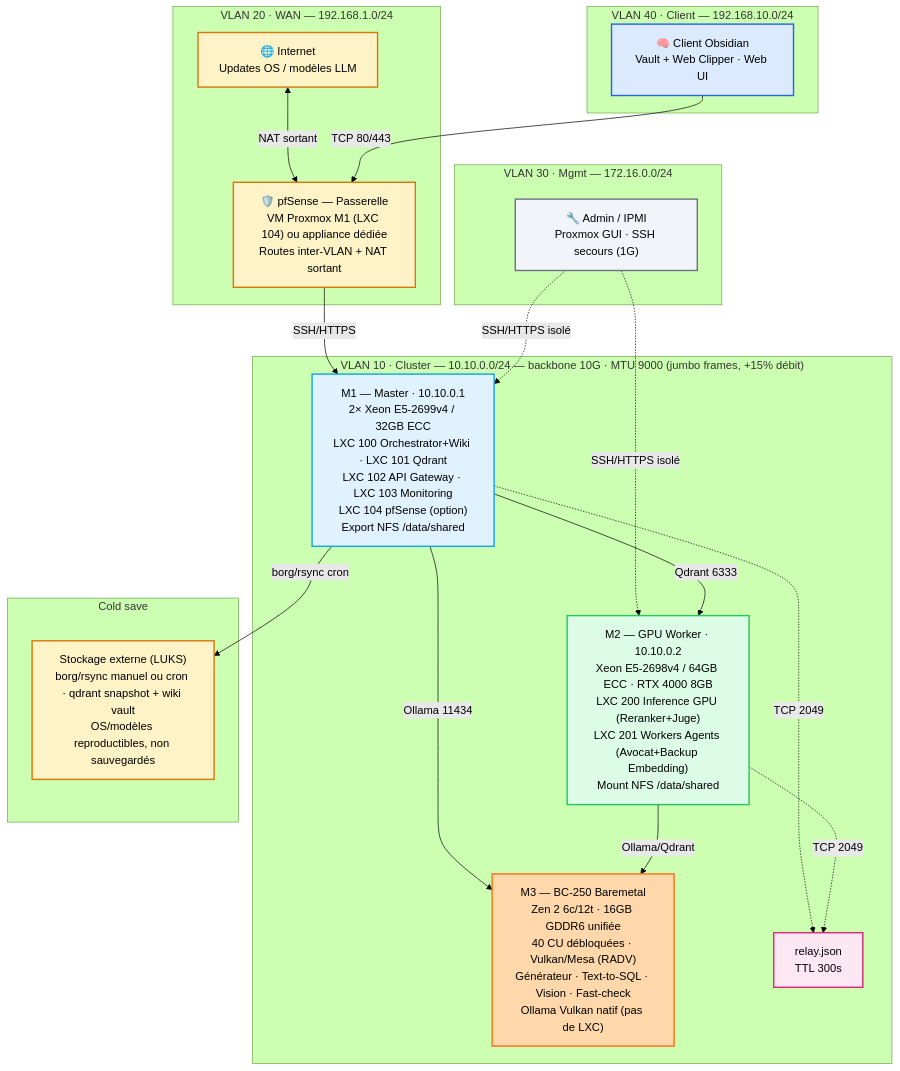
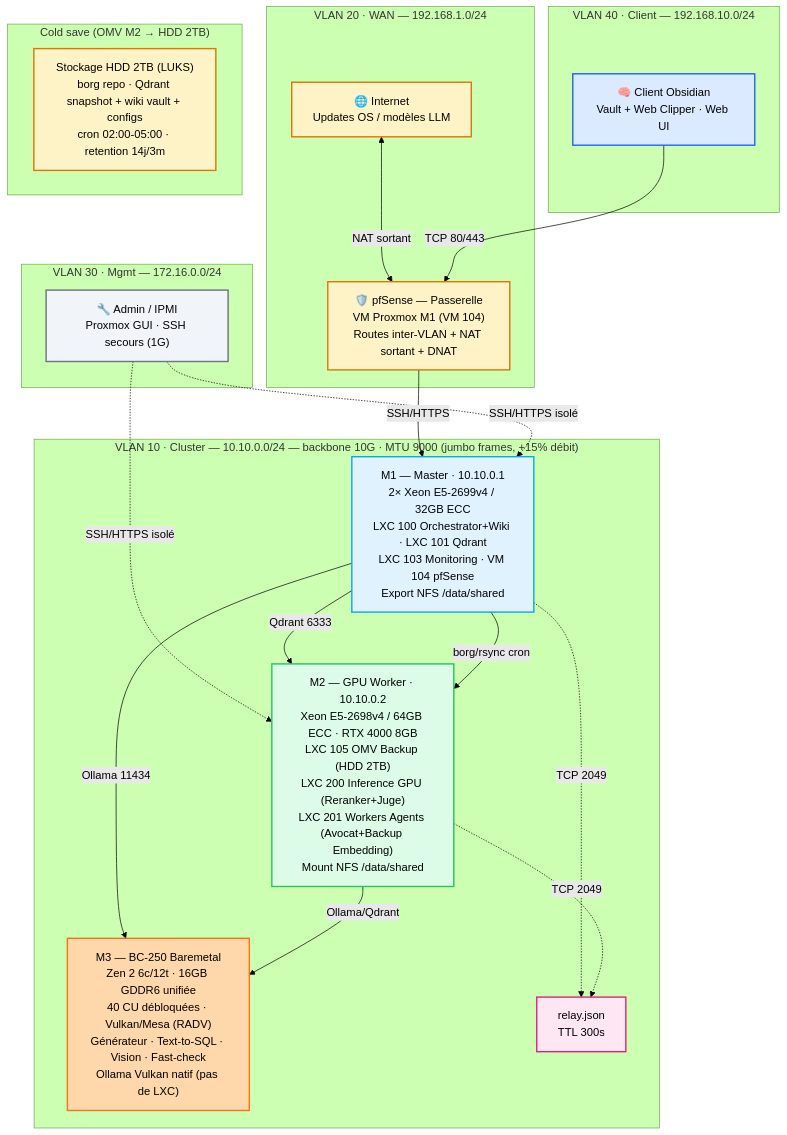
The diagram in docs/diagrams/05-network-topology.md (chelmooz/rag-multi-agent-cluster), drawn with Mermaid (forest theme) before and after one commit. The commit also changed 6 other files, not shown here.

Commit message:
docs: backup OMV restauré M2 LXC 105 (HDD 2TB) + diagrams & backlog à jour, nginx retiré (pfSense reverse proxy)

````diff
--- a/docs/diagrams/05-network-topology.md
+++ b/docs/diagrams/05-network-topology.md
@@ -1,47 +1,47 @@
 ```mermaid
 flowchart TB
     classDef wan fill:#fef3c7,stroke:#d97706,stroke-width:2px
     classDef client fill:#dbeafe,stroke:#2563eb,stroke-width:2px
     classDef mgmt fill:#f1f5f9,stroke:#6b7280,stroke-width:2px
     classDef m1 fill:#e0f2fe,stroke:#0ea5e9,stroke-width:2px
     classDef m2 fill:#dcfce7,stroke:#22c55e,stroke-width:2px
     classDef m3 fill:#fed7aa,stroke:#f97316,stroke-width:2px
     classDef relay fill:#fce7f3,stroke:#db2777,stroke-width:2px
     classDef cold fill:#fef3c7,stroke:#d97706,stroke-width:2px
 
     subgraph VLAN20["VLAN 20 · WAN — 192.168.1.0/24"]
         Internet["🌐 Internet<br/>Updates OS / modèles LLM"]:::wan
-        pfSense["🛡️ pfSense — Passerelle<br/>VM Proxmox M1 (LXC 104) ou appliance dédiée<br/>Routes inter-VLAN + NAT sortant"]:::wan
+        pfSense["🛡️ pfSense — Passerelle<br/>VM Proxmox M1 (VM 104)<br/>Routes inter-VLAN + NAT sortant + DNAT"]:::wan
     end
 
     subgraph VLAN40["VLAN 40 · Client — 192.168.10.0/24"]
         Obsidian["🧠 Client Obsidian<br/>Vault + Web Clipper · Web UI"]:::client
     end
 
     subgraph VLAN30["VLAN 30 · Mgmt — 172.16.0.0/24"]
         Admin["🔧 Admin / IPMI<br/>Proxmox GUI · SSH secours (1G)"]:::mgmt
     end
 
     subgraph VLAN10["VLAN 10 · Cluster — 10.10.0.0/24 — backbone 10G · MTU 9000 (jumbo frames, +15% débit)"]
-        M1["M1 — Master · 10.10.0.1<br/>2× Xeon E5-2699v4 / 32GB ECC<br/>LXC 100 Orchestrator+Wiki · LXC 101 Qdrant<br/>LXC 102 API Gateway · LXC 103 Monitoring<br/>LXC 104 pfSense (option)<br/>Export NFS /data/shared"]:::m1
-        M2["M2 — GPU Worker · 10.10.0.2<br/>Xeon E5-2698v4 / 64GB ECC · RTX 4000 8GB<br/>LXC 200 Inference GPU (Reranker+Juge)<br/>LXC 201 Workers Agents (Avocat+Backup Embedding)<br/>Mount NFS /data/shared"]:::m2
+        M1["M1 — Master · 10.10.0.1<br/>2× Xeon E5-2699v4 / 32GB ECC<br/>LXC 100 Orchestrator+Wiki · LXC 101 Qdrant<br/>LXC 103 Monitoring · VM 104 pfSense<br/>Export NFS /data/shared"]:::m1
+        M2["M2 — GPU Worker · 10.10.0.2<br/>Xeon E5-2698v4 / 64GB ECC · RTX 4000 8GB<br/>LXC 105 OMV Backup (HDD 2TB)<br/>LXC 200 Inference GPU (Reranker+Juge)<br/>LXC 201 Workers Agents (Avocat+Backup Embedding)<br/>Mount NFS /data/shared"]:::m2
         M3["M3 — BC-250 Baremetal<br/>Zen 2 6c/12t · 16GB GDDR6 unifiée<br/>40 CU débloquées · Vulkan/Mesa (RADV)<br/>Générateur · Text-to-SQL · Vision · Fast-check<br/>Ollama Vulkan natif (pas de LXC)"]:::m3
         Relay["relay.json<br/>TTL 300s"]:::relay
     end
 
-    subgraph COLDBOX["Cold save"]
-        HDD["Stockage externe (LUKS)<br/>borg/rsync manuel ou cron · qdrant snapshot + wiki vault<br/>OS/modèles reproductibles, non sauvegardés"]:::cold
+    subgraph COLDBOX["Cold save (OMV M2 → HDD 2TB)"]
+        HDD["Stockage HDD 2TB (LUKS)<br/>borg repo · Qdrant snapshot + wiki vault + configs<br/>cron 02:00-05:00 · retention 14j/3m"]:::cold
     end
 
     Internet <--> |NAT sortant| pfSense
     Obsidian -->|TCP 80/443| pfSense
     pfSense -->|SSH/HTTPS| M1
     Admin -.->|SSH/HTTPS isolé| M1
     Admin -.->|SSH/HTTPS isolé| M2
     M1 -->|Qdrant 6333| M2
     M1 -->|Ollama 11434| M3
     M2 -->|Ollama/Qdrant| M3
     M1 -.->|TCP 2049| Relay
     M2 -.->|TCP 2049| Relay
-    M1 -->|borg/rsync cron| HDD
+    M1 -->|borg/rsync cron| M2
 ```
````
